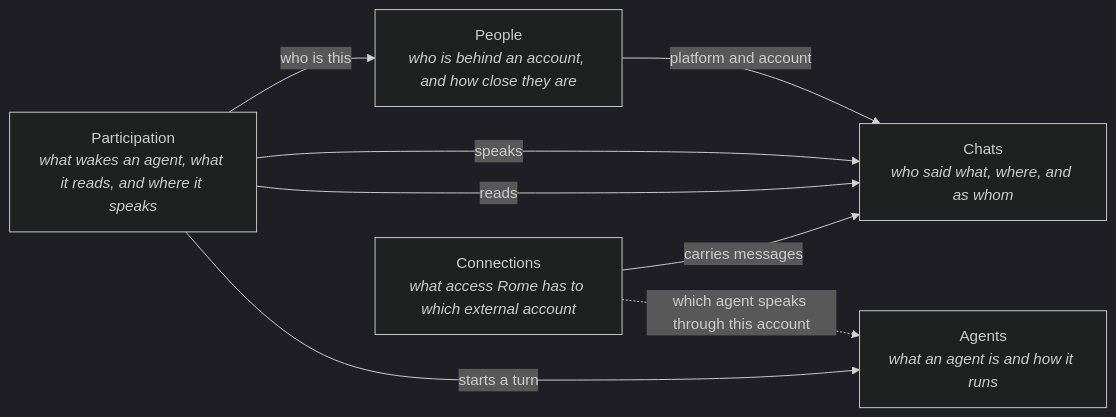
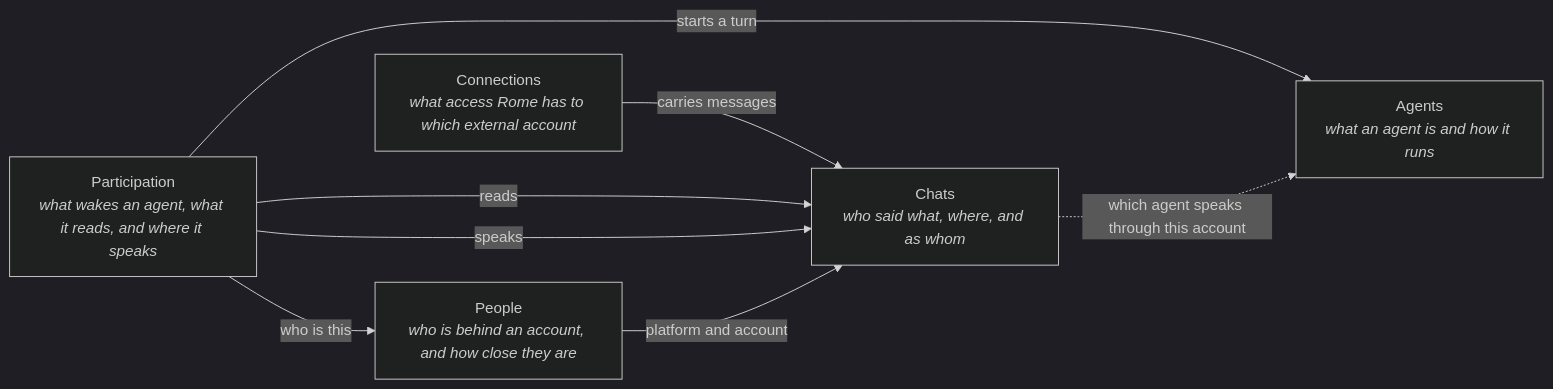
Before and after one commit to DreamchaserLG/rome: the diagram in docs/domains/README.md, drawn with Mermaid (dark theme). The commit also changed other lines of this file and 3 other files, not shown here.

Commit message:
docs(domains): add the connected account to Chats (#1386)

````diff
--- a/docs/domains/README.md
+++ b/docs/domains/README.md
@@ -17,15 +17,15 @@
 ```mermaid
 flowchart LR
     Connections["Connections<br/><i>what access Rome has to which external account</i>"]
     Chats["Chats<br/><i>who said what, where, and as whom</i>"]
     Participation["Participation<br/><i>what wakes an agent, what it reads, and where it speaks</i>"]
     Agents["Agents<br/><i>what an agent is and how it runs</i>"]
     People["People<br/><i>who is behind an account, and how close they are</i>"]
     Connections -- carries messages --> Chats
     Participation -- reads --> Chats
     Participation -- speaks --> Chats
     Participation -- starts a turn --> Agents
-    Connections -. which agent speaks through this account .-> Agents
+    Chats -. which agent speaks through this account .-> Agents
     People -- platform and account --> Chats
     Participation -- who is this --> People
 ```
````
